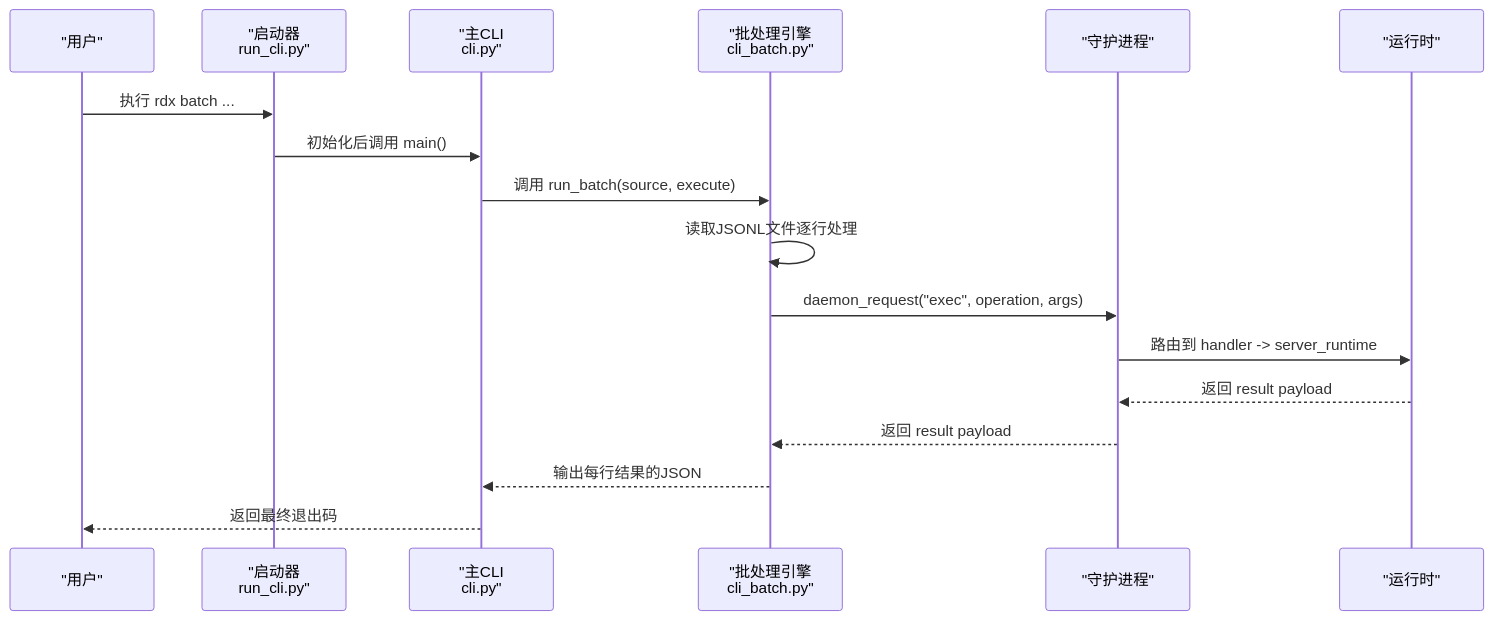
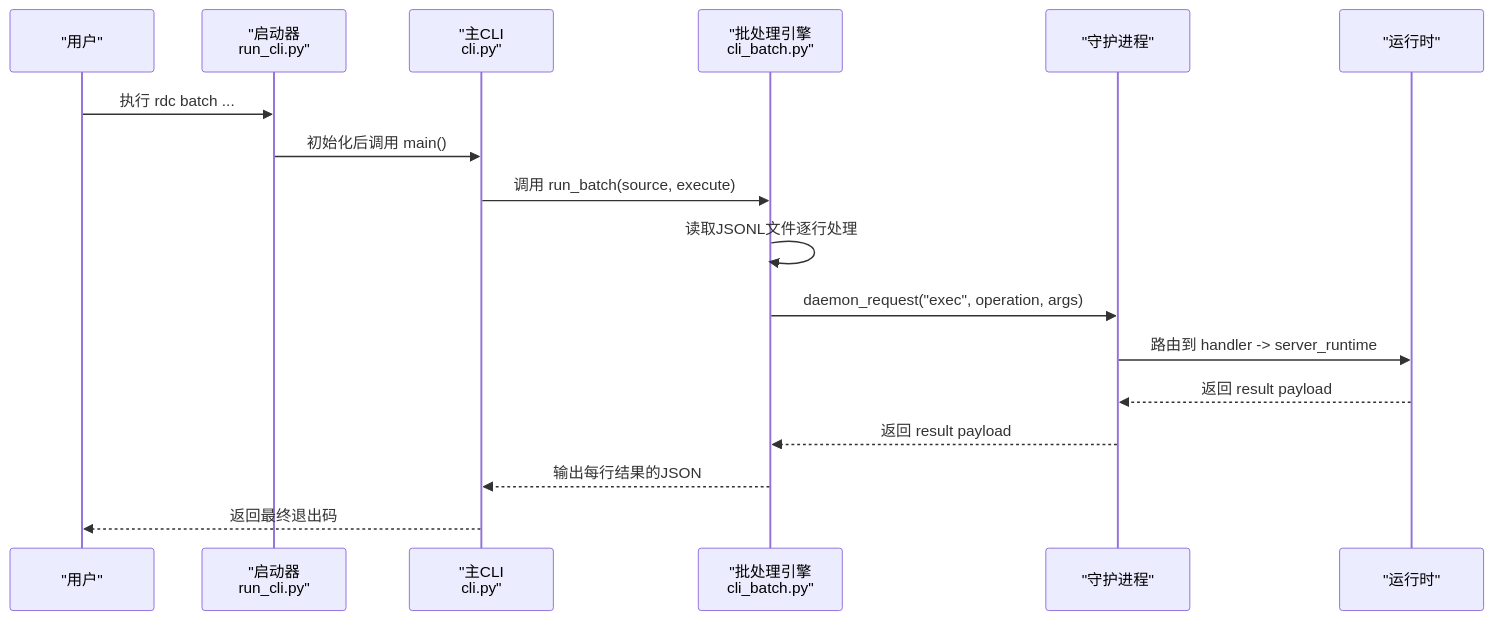
Before and after one commit to haolange/RDC-Tool: the second of 3 diagrams in .qoder/repowiki/zh/content/CLI参考手册/CLI参考手册.md, drawn with Mermaid. The commit also changed other lines of this file and 388 other files, not shown here.

````diff
--- a/.qoder/repowiki/zh/content/CLI参考手册/CLI参考手册.md
+++ b/.qoder/repowiki/zh/content/CLI参考手册/CLI参考手册.md
@@ -99,19 +99,19 @@
 ```mermaid
 sequenceDiagram
 participant U as "用户"
 participant L as "启动器<br/>run_cli.py"
 participant C as "主CLI<br/>cli.py"
 participant B as "批处理引擎<br/>cli_batch.py"
 participant D as "守护进程"
 participant R as "运行时"
-U->>L : 执行 rdx batch ...
+U->>L : 执行 rdc batch ...
 L->>C : 初始化后调用 main()
 C->>B : 调用 run_batch(source, execute)
 B->>B : 读取JSONL文件逐行处理
 B->>D : daemon_request("exec", operation, args)
 D->>R : 路由到 handler -> server_runtime
 R-->>D : 返回 result payload
 D-->>B : 返回 result payload
 B-->>C : 输出每行结果的JSON
 C-->>U : 返回最终退出码
 ```
````
